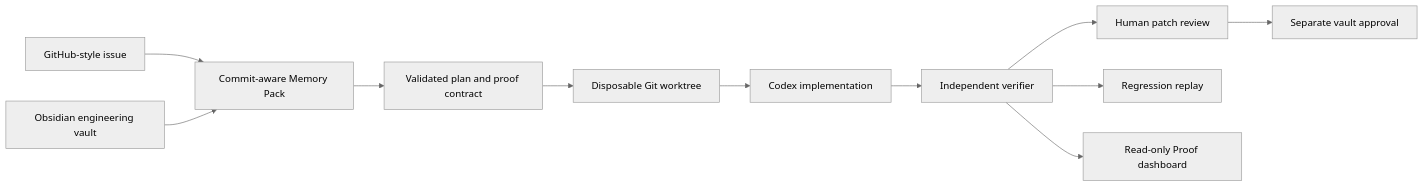
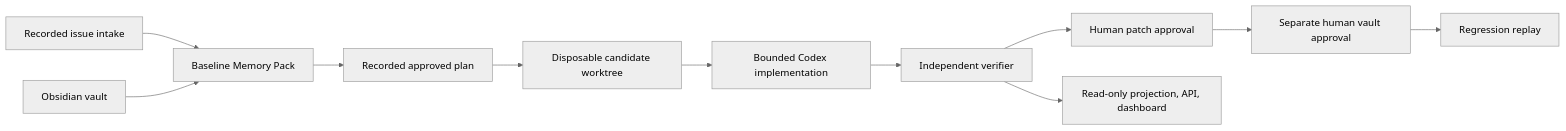
Before and after one commit to HamzaKhanBUIC/codexfoundry: the diagram in release/PROJECT_MASTER_HANDOFF.md, drawn with Mermaid (neutral theme). The commit also changed other lines of this file and 11 other files, not shown here.

````diff
--- a/release/PROJECT_MASTER_HANDOFF.md
+++ b/release/PROJECT_MASTER_HANDOFF.md
@@ -35,13 +21,13 @@
 ```mermaid
 flowchart LR
-  I[GitHub-style issue] --> M[Commit-aware Memory Pack]
-  V[Obsidian engineering vault] --> M
-  M --> P[Validated plan and proof contract]
-  P --> W[Disposable Git worktree]
-  W --> C[Codex implementation]
+  I[Recorded issue intake] --> M[Baseline Memory Pack]
+  V[Obsidian vault] --> M
+  M --> P[Recorded approved plan]
+  P --> W[Disposable candidate worktree]
+  W --> C[Bounded Codex implementation]
   C --> X[Independent verifier]
-  X --> R[Human patch review]
-  R --> A[Separate vault approval]
-  X --> G[Regression replay]
-  X --> D[Read-only Proof dashboard]
+  X --> R[Human patch approval]
+  R --> A[Separate human vault approval]
+  A --> G[Regression replay]
+  X --> D[Read-only projection, API, dashboard]
 ```
````
